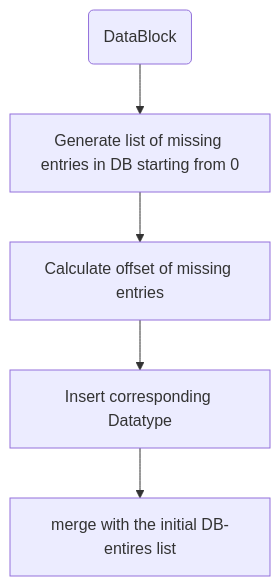
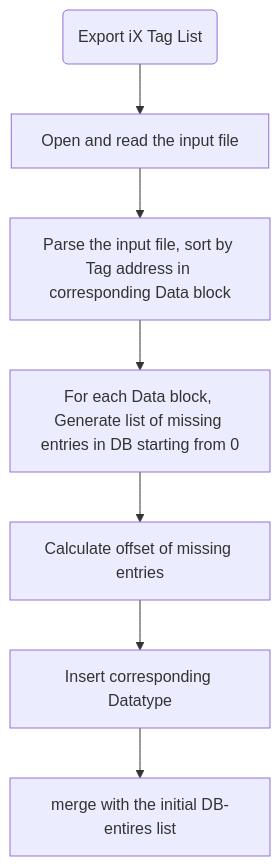
The diagram in readme.md (panchi81/iXS7), drawn with Mermaid before and after one commit. The commit also changed 1 other file, not shown here.

````diff
--- a/readme.md
+++ b/readme.md
@@ -3,10 +3,14 @@
 ```mermaid
 flowchart TD
-    DB(DataBlock) --> CheckDB[Generate list of missing entries in DB starting from 0]
+    export(Export iX Tag List) --> read[Open and read the input file]
 
-    CheckDB --> Calc[Calculate offset of missing entries]
+    read --> parse[Parse the input file, sort by Tag address in corresponding Data block]
+
+    parse --> CheckDBs[ For each Data block, Generate list of missing entries in DB starting from 0]
+
+    CheckDBs --> Calc[Calculate offset of missing entries]
 
     Calc --> Insert[Insert corresponding Datatype]
 
     Insert --> Merge[merge with the initial DB-entires list]
 ```
````
